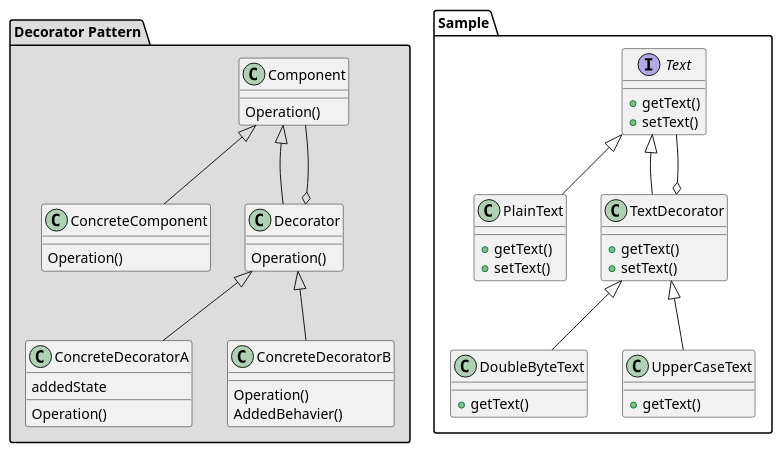
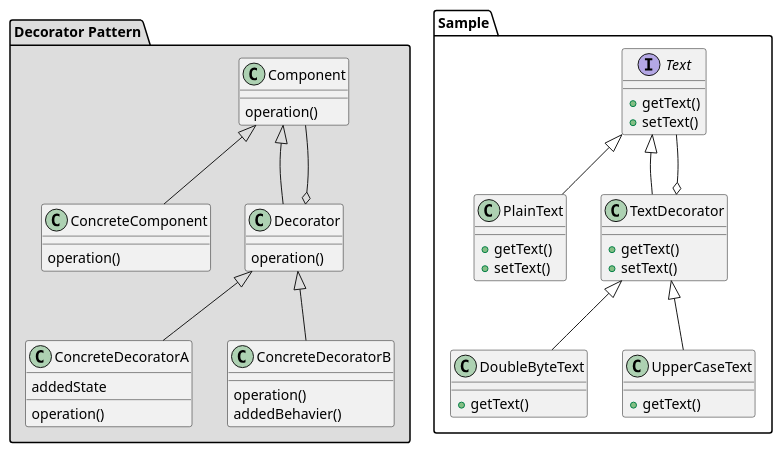
The diagram in Decorator/Decorator-class-dia.puml (kenjis/PhpDesignPattern), drawn with PlantUML before and after one commit. The commit also changed 3 other files, not shown here.

```diff
--- a/Decorator/Decorator-class-dia.puml
+++ b/Decorator/Decorator-class-dia.puml
@@ -1,67 +1,68 @@
 @startuml
+
 package "Decorator Pattern" #DDDDDD {
   class Component {
-    Operation()
+    operation()
   }
 
   class ConcreteComponent {
-    Operation()
+    operation()
   }
 
   class Decorator {
-    Operation()
+    operation()
   }
 
   Component <|-- ConcreteComponent
   Component <|-- Decorator
 
   Decorator o-- Component
 
   class ConcreteDecoratorA {
     addedState
-    Operation()
+    operation()
   }
 
   class ConcreteDecoratorB {
-    Operation()
-    AddedBehavier()
+    operation()
+    addedBehavier()
   }
 
   Decorator <|-- ConcreteDecoratorA
   Decorator <|-- ConcreteDecoratorB
 }
 
 package "Sample" {
   interface Text {
     +getText()
     +setText()
   }
 
   class PlainText {
     +getText()
     +setText()
   }
 
   class TextDecorator {
     +getText()
     +setText()
   }
 
   Text <|-- PlainText
   Text <|-- TextDecorator
 
   TextDecorator o-- Text
 
   class DoubleByteText {
     +getText()
   }
 
   class UpperCaseText {
     +getText()
   }
 
   TextDecorator <|-- DoubleByteText
   TextDecorator <|-- UpperCaseText
 }
 
 @enduml
```
